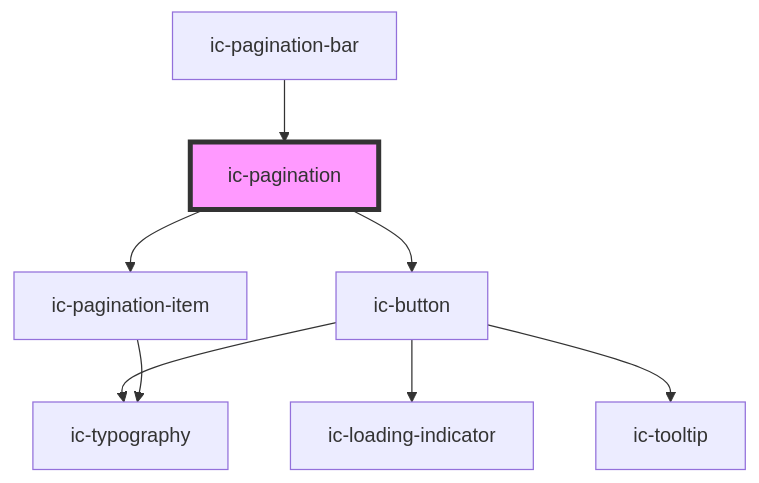
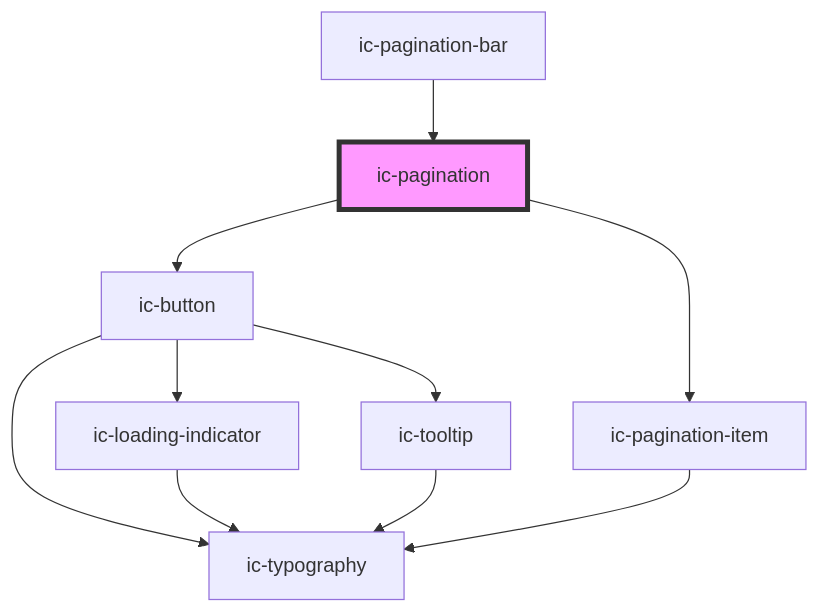
The diagram in packages/web-components/src/components/ic-pagination/readme.md (mi6/ic-ui-kit), drawn with Mermaid before and after one commit. The commit also changed other lines of this file and 134 other files, not shown here.

````diff
--- a/packages/web-components/src/components/ic-pagination/readme.md
+++ b/packages/web-components/src/components/ic-pagination/readme.md
@@ -67,11 +65,13 @@
 ```mermaid
 graph TD;
   ic-pagination --> ic-button
   ic-pagination --> ic-pagination-item
-  ic-pagination-bar --> ic-pagination
   ic-button --> ic-typography
   ic-button --> ic-loading-indicator
   ic-button --> ic-tooltip
+  ic-loading-indicator --> ic-typography
+  ic-tooltip --> ic-typography
   ic-pagination-item --> ic-typography
+  ic-pagination-bar --> ic-pagination
   style ic-pagination fill:#f9f,stroke:#333,stroke-width:4px
 ```
````
